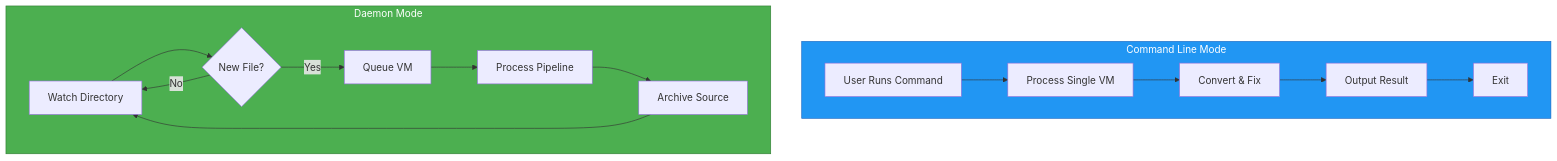
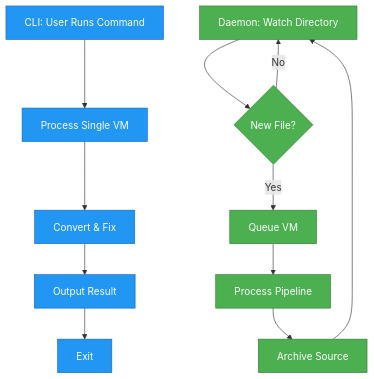
One commit to ssahani/hyper2kvm changed the first of 5 diagrams in docs/presentation/daemon-vs-cli-workflow.md. Above: the diagram before and after it, drawn with Mermaid. The commit also changed other lines of this file, not shown here.

First line of the commit message:
fix: Simplify Mermaid diagrams for GitHub compatibility

````diff
--- a/docs/presentation/daemon-vs-cli-workflow.md
+++ b/docs/presentation/daemon-vs-cli-workflow.md
@@ -5,21 +5,20 @@
 ```mermaid
-graph TB
-    subgraph CLI["Command Line Mode"]
-        CLI1[User Runs Command] --> CLI2[Process Single VM]
-        CLI2 --> CLI3[Convert & Fix]
-        CLI3 --> CLI4[Output Result]
-        CLI4 --> CLI5[Exit]
-    end
+graph TD
+    CLI1[CLI: User Runs Command] --> CLI2[Process Single VM]
+    CLI2 --> CLI3[Convert & Fix]
+    CLI3 --> CLI4[Output Result]
+    CLI4 --> CLI5[Exit]
 
-    subgraph DAEMON["Daemon Mode"]
-        D1[Watch Directory] --> D2{New File?}
-        D2 -->|Yes| D3[Queue VM]
-        D2 -->|No| D1
-        D3 --> D4[Process Pipeline]
-        D4 --> D5[Archive Source]
-        D5 --> D1
-    end
+    D1[Daemon: Watch Directory] --> D2{New File?}
+    D2 -->|Yes| D3[Queue VM]
+    D2 -->|No| D1
+    D3 --> D4[Process Pipeline]
+    D4 --> D5[Archive Source]
+    D5 --> D1
 
-    style CLI fill:#2196F3,stroke:#1565C0,color:#fff
-    style DAEMON fill:#4CAF50,stroke:#2E7D32,color:#fff
+    classDef cliStyle fill:#2196F3,stroke:#1565C0,color:#fff
+    classDef daemonStyle fill:#4CAF50,stroke:#2E7D32,color:#fff
+
+    class CLI1,CLI2,CLI3,CLI4,CLI5 cliStyle
+    class D1,D2,D3,D4,D5 daemonStyle
 ```
````
